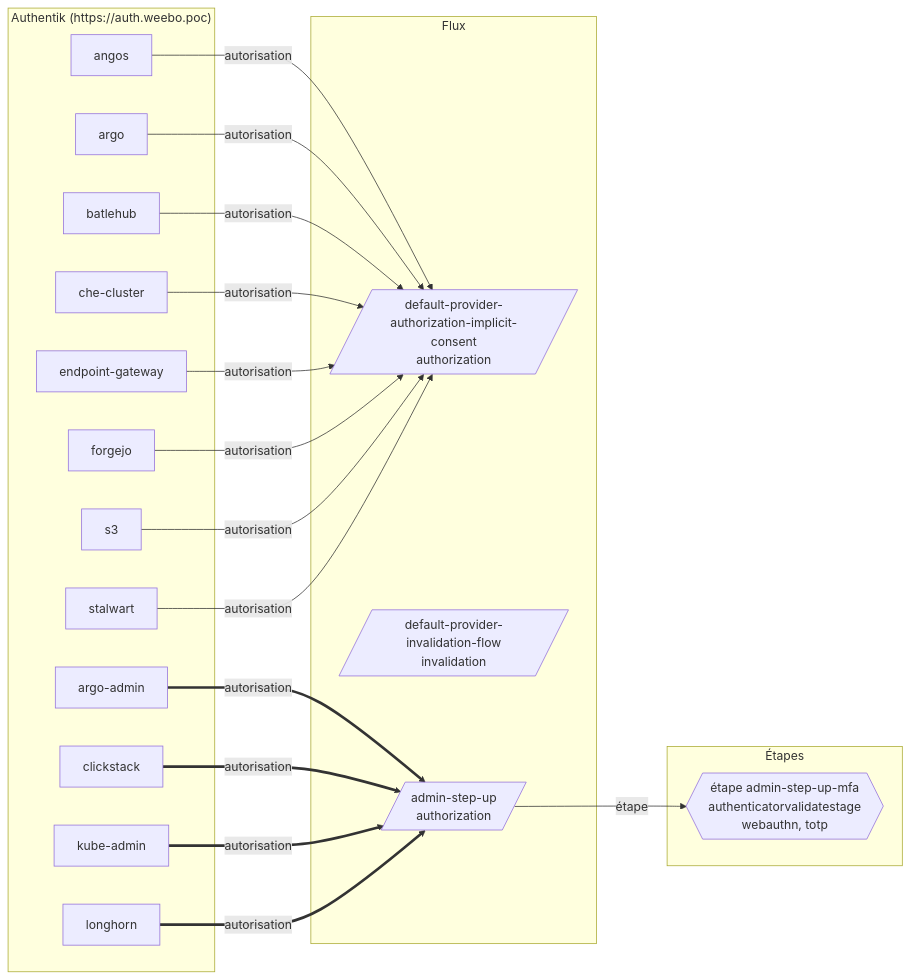
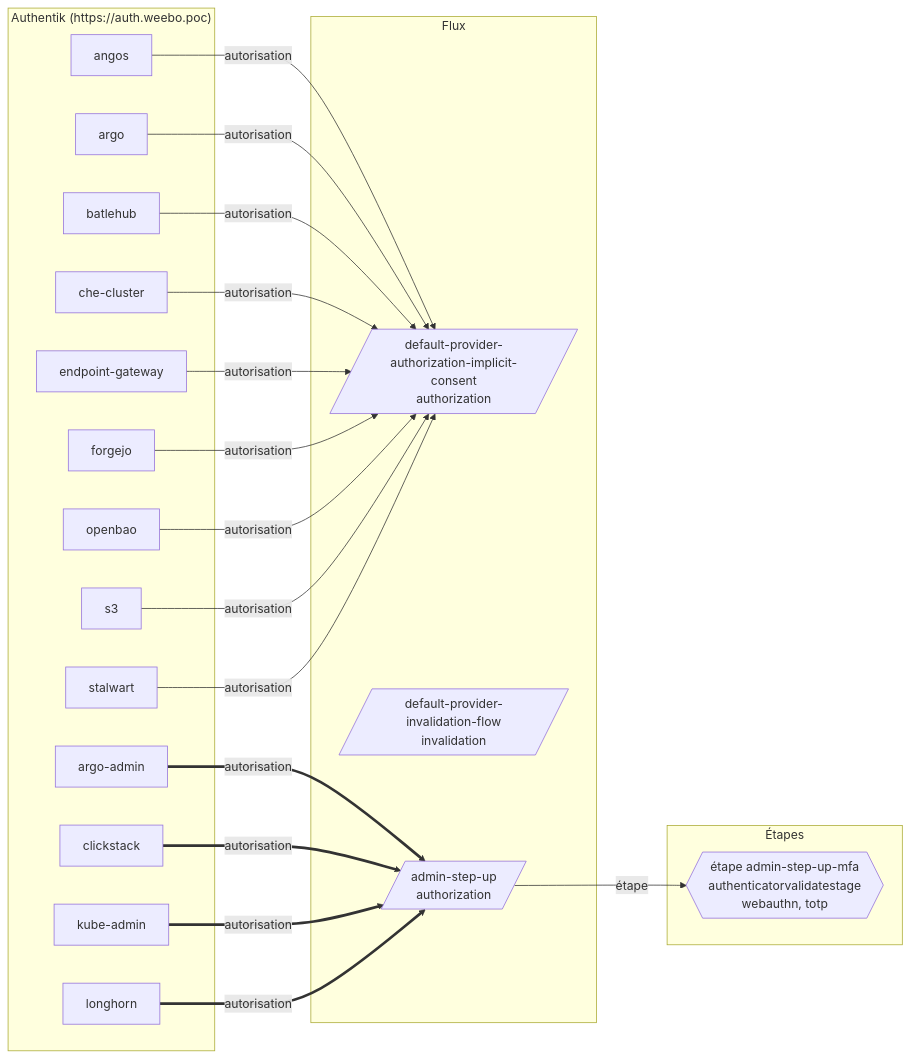
One commit to batleforc/weebo-si changed the diagram in 0.docs/content/docs/security/authentication/flux.mdx. Above: the diagram before and after it, drawn with Mermaid. The commit also changed other lines of this file and 59 other files, not shown here.

First line of the commit message:
feat(network): operators' CiliumNetworkPolicy from their own charts

````diff
--- a/0.docs/content/docs/security/authentication/flux.mdx
+++ b/0.docs/content/docs/security/authentication/flux.mdx
@@ -14,38 +14,40 @@
 ```mermaid
 flowchart LR
   subgraph n_sg_Flux_3086f2["Flux"]
     n_flow_default_provider_authorization_implicit_consent_4789aa[/"default-provider-authorization-implicit-consent<br/>authorization"/]
     n_flow_default_provider_invalidation_flow_8d00dd[/"default-provider-invalidation-flow<br/>invalidation"/]
     n_flow_admin_step_up_6938b4[/"admin-step-up<br/>authorization"/]
   end
   subgraph n_sg_Authentik__https___auth_weebo_poc__26e1e2["Authentik (https://auth.weebo.poc)"]
     n_ak_angos_b0924d["angos"]
     n_ak_argo_358618["argo"]
     n_ak_batlehub_5edbeb["batlehub"]
     n_ak_che_cluster_767457["che-cluster"]
     n_ak_endpoint_gateway_582eb2["endpoint-gateway"]
     n_ak_forgejo_696ffa["forgejo"]
+    n_ak_openbao_f73738["openbao"]
     n_ak_s3_a060e5["s3"]
     n_ak_stalwart_576573["stalwart"]
     n_ak_argo_admin_7fdc96["argo-admin"]
     n_ak_clickstack_f02905["clickstack"]
     n_ak_kube_admin_23eb63["kube-admin"]
     n_ak_longhorn_dda6d7["longhorn"]
   end
   subgraph n_sg__tapes_6ea244["Étapes"]
     n_stage_admin_step_up_mfa_60a00f{{"étape admin-step-up-mfa<br/>authenticatorvalidatestage<br/>webauthn, totp"}}
   end
   n_ak_angos_b0924d -->|"autorisation"| n_flow_default_provider_authorization_implicit_consent_4789aa
   n_ak_argo_358618 -->|"autorisation"| n_flow_default_provider_authorization_implicit_consent_4789aa
   n_ak_batlehub_5edbeb -->|"autorisation"| n_flow_default_provider_authorization_implicit_consent_4789aa
   n_ak_che_cluster_767457 -->|"autorisation"| n_flow_default_provider_authorization_implicit_consent_4789aa
   n_ak_endpoint_gateway_582eb2 -->|"autorisation"| n_flow_default_provider_authorization_implicit_consent_4789aa
   n_ak_forgejo_696ffa -->|"autorisation"| n_flow_default_provider_authorization_implicit_consent_4789aa
+  n_ak_openbao_f73738 -->|"autorisation"| n_flow_default_provider_authorization_implicit_consent_4789aa
   n_ak_s3_a060e5 -->|"autorisation"| n_flow_default_provider_authorization_implicit_consent_4789aa
   n_ak_stalwart_576573 -->|"autorisation"| n_flow_default_provider_authorization_implicit_consent_4789aa
   n_ak_argo_admin_7fdc96 ==>|"autorisation"| n_flow_admin_step_up_6938b4
   n_ak_clickstack_f02905 ==>|"autorisation"| n_flow_admin_step_up_6938b4
   n_ak_kube_admin_23eb63 ==>|"autorisation"| n_flow_admin_step_up_6938b4
   n_ak_longhorn_dda6d7 ==>|"autorisation"| n_flow_admin_step_up_6938b4
   n_flow_admin_step_up_6938b4 -->|"étape"| n_stage_admin_step_up_mfa_60a00f
 ```
````
